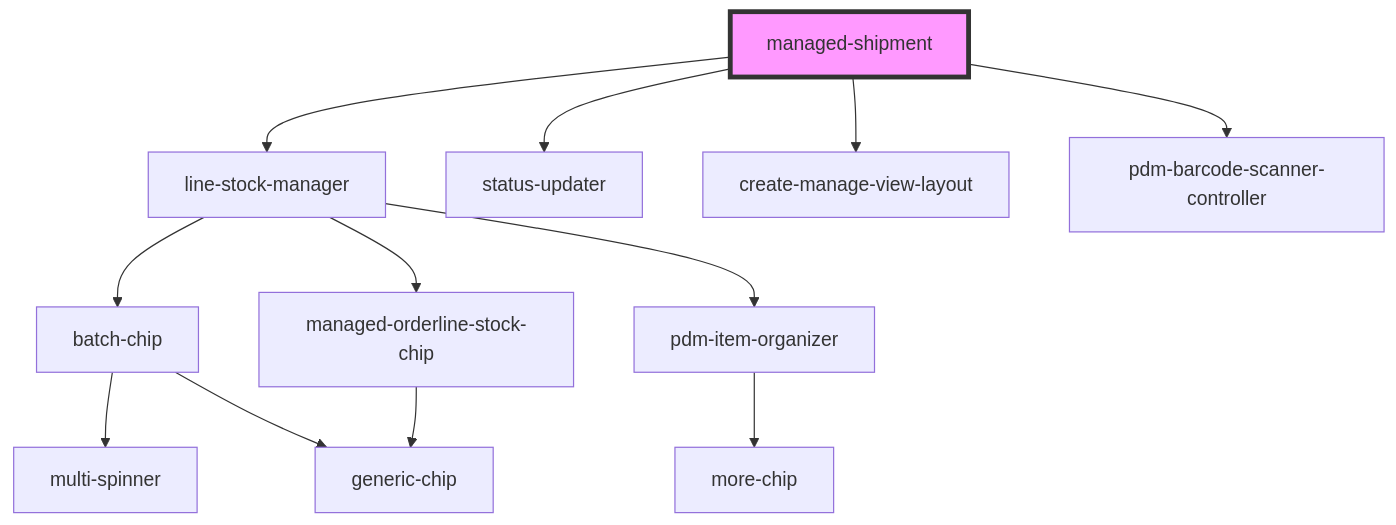
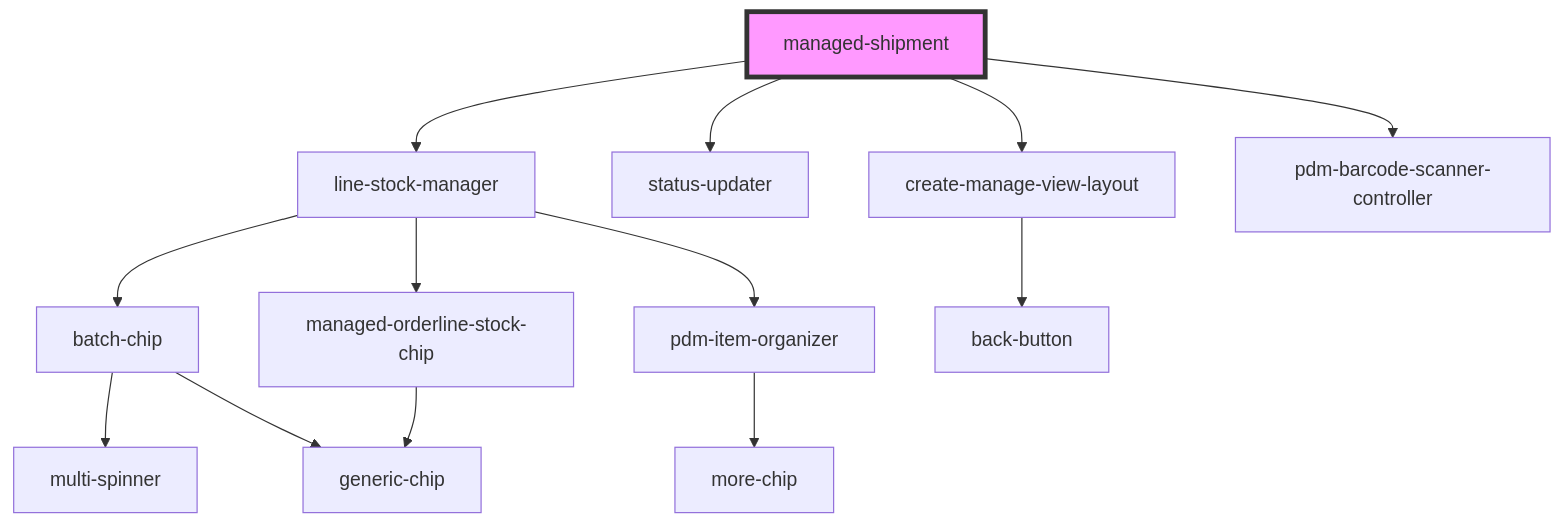
One commit to PharmaLedger-IMI/fgt-workspace changed the diagram in pdm-web-components/src/components/managed-shipment/readme.md. Above: the diagram before and after it, drawn with Mermaid. The commit also changed other lines of this file and 14 other files, not shown here.

Commit message:
refs #16 - refactor create-manage-view-layout to use back-button component

````diff
--- a/pdm-web-components/src/components/managed-shipment/readme.md
+++ b/pdm-web-components/src/components/managed-shipment/readme.md
@@ -97,15 +96,16 @@
 ```mermaid
 graph TD;
   managed-shipment --> line-stock-manager
   managed-shipment --> status-updater
   managed-shipment --> create-manage-view-layout
   managed-shipment --> pdm-barcode-scanner-controller
   line-stock-manager --> batch-chip
   line-stock-manager --> managed-orderline-stock-chip
   line-stock-manager --> pdm-item-organizer
   batch-chip --> multi-spinner
   batch-chip --> generic-chip
   managed-orderline-stock-chip --> generic-chip
   pdm-item-organizer --> more-chip
+  create-manage-view-layout --> back-button
   style managed-shipment fill:#f9f,stroke:#333,stroke-width:4px
 ```
````
